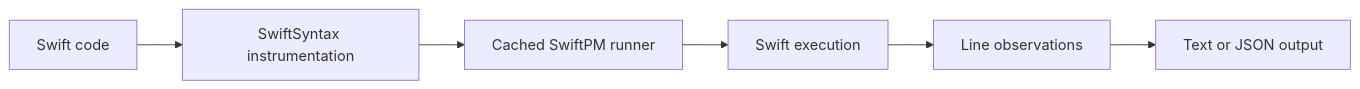
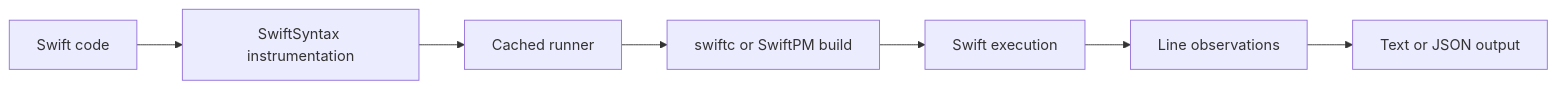
Before and after one commit to 1amageek/swift-note: the diagram in README.md, drawn with Mermaid. The commit also changed other lines of this file and 10 other files, not shown here.

Commit message:
Improve eval line breaks and runner latency

````diff
--- a/README.md
+++ b/README.md
@@ -48,8 +48,9 @@
 ```mermaid
 flowchart LR
   A["Swift code"] --> B["SwiftSyntax instrumentation"]
-  B --> C["Cached SwiftPM runner"]
-  C --> D["Swift execution"]
-  D --> E["Line observations"]
-  E --> F["Text or JSON output"]
+  B --> C["Cached runner"]
+  C --> D["swiftc or SwiftPM build"]
+  D --> E["Swift execution"]
+  E --> F["Line observations"]
+  F --> G["Text or JSON output"]
 ```
````
